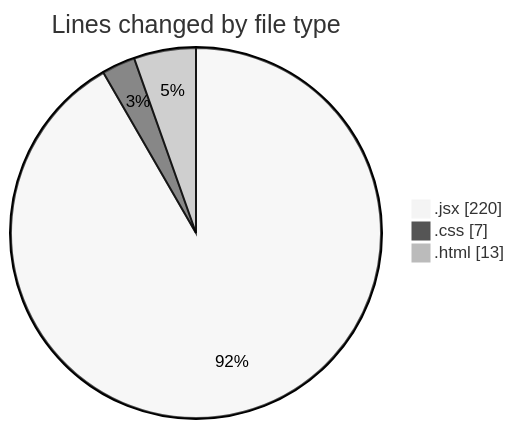
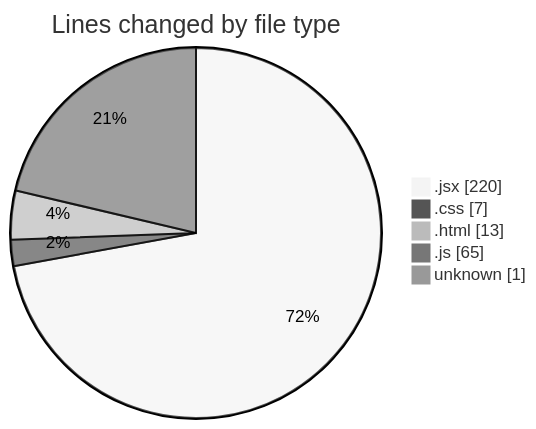
The first of 2 diagrams in 2025-05-29/projects/README.md (Ritupan-Deka/code-tracking), drawn with Mermaid (neutral theme) before and after one commit. The commit also changed other lines of this file and 1 other file, not shown here.

````diff
--- a/2025-05-29/projects/README.md
+++ b/2025-05-29/projects/README.md
@@ -26,7 +29,9 @@
 ```mermaid
 pie showData
 title Lines changed by file type
 ".jsx" : 220
 ".css" : 7
 ".html" : 13
+".js" : 65
+"unknown" : 1
 ```
````
